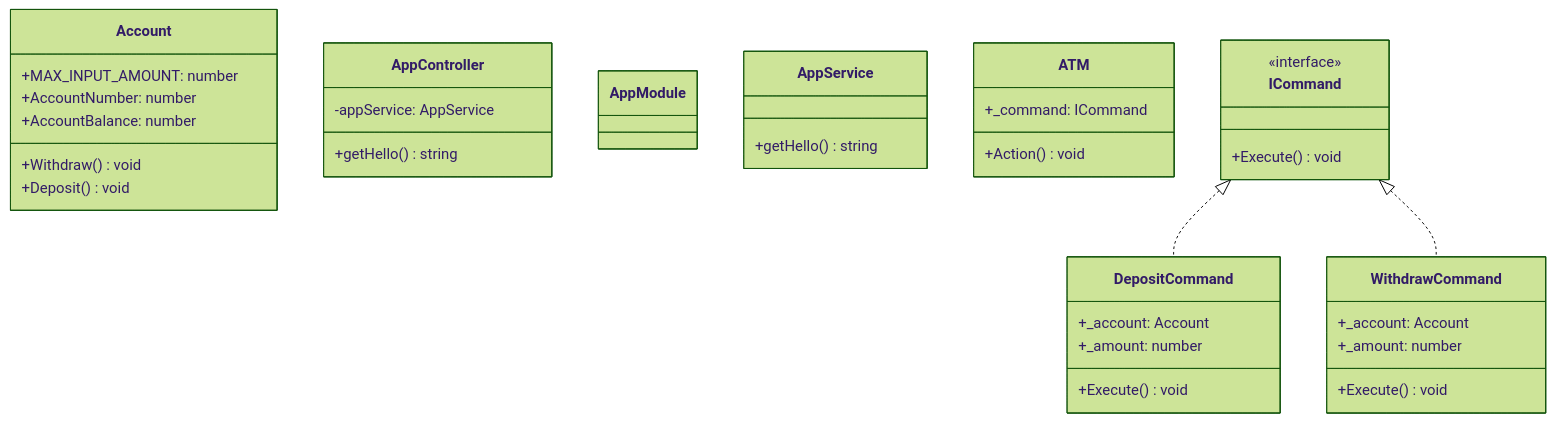
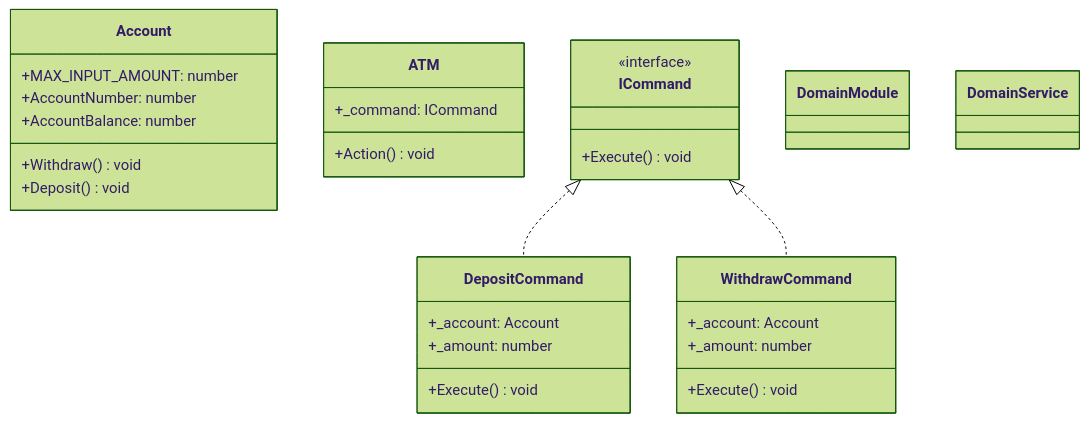
Before and after one commit to UPT-FAING-EPIS/lab-2025-ii-pds-u2-03-nest-CMirianG: the diagram in atm/class_diagram.md, drawn with Mermaid (forest theme). The commit also changed 11499 other files, not shown here.

````diff
--- a/atm/class_diagram.md
+++ b/atm/class_diagram.md
@@ -1,45 +1,43 @@
 ```mermaid
 classDiagram
 
 
 class Account{
             +MAX_INPUT_AMOUNT: number
 +AccountNumber: number
 +AccountBalance: number
             +Withdraw() void
 +Deposit() void
         }
-class AppController{
-            -appService: AppService
-            +getHello() string
-        }
-class AppModule{
-            
-            
-        }
-class AppService{
-            
-            +getHello() string
-        }
 class ATM{
             +_command: ICommand
             +Action() void
         }
 class DepositCommand{
             +_account: Account
 +_amount: number
             +Execute() void
         }
 ICommand<|..DepositCommand
+class DomainModule{
+            
+            
+        }
+class DomainService{
+            
+            
+        }
 class ICommand {
             <<interface>>
             
             +Execute() void
         }
 class WithdrawCommand{
             +_account: Account
 +_amount: number
             +Execute() void
         }
 ICommand<|..WithdrawCommand
+
+
 ```
````
